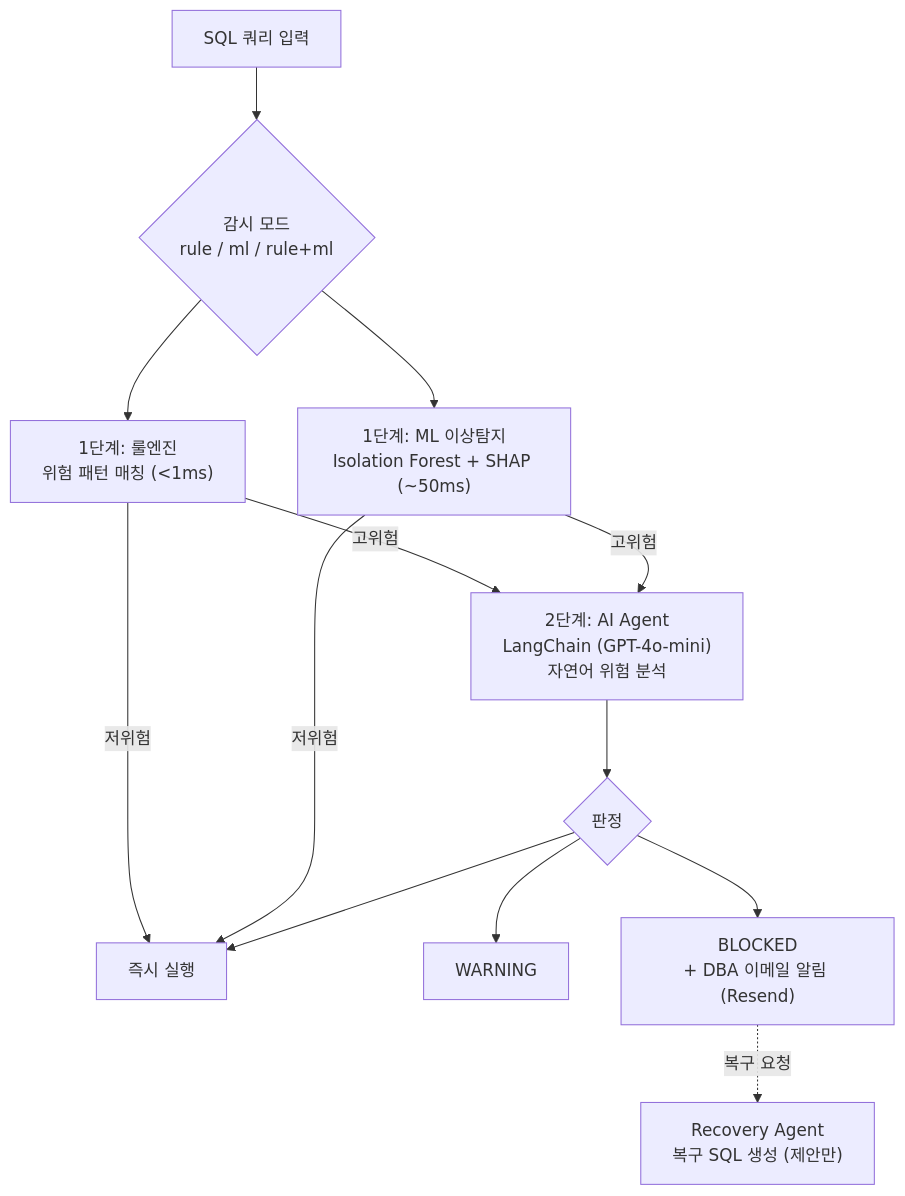
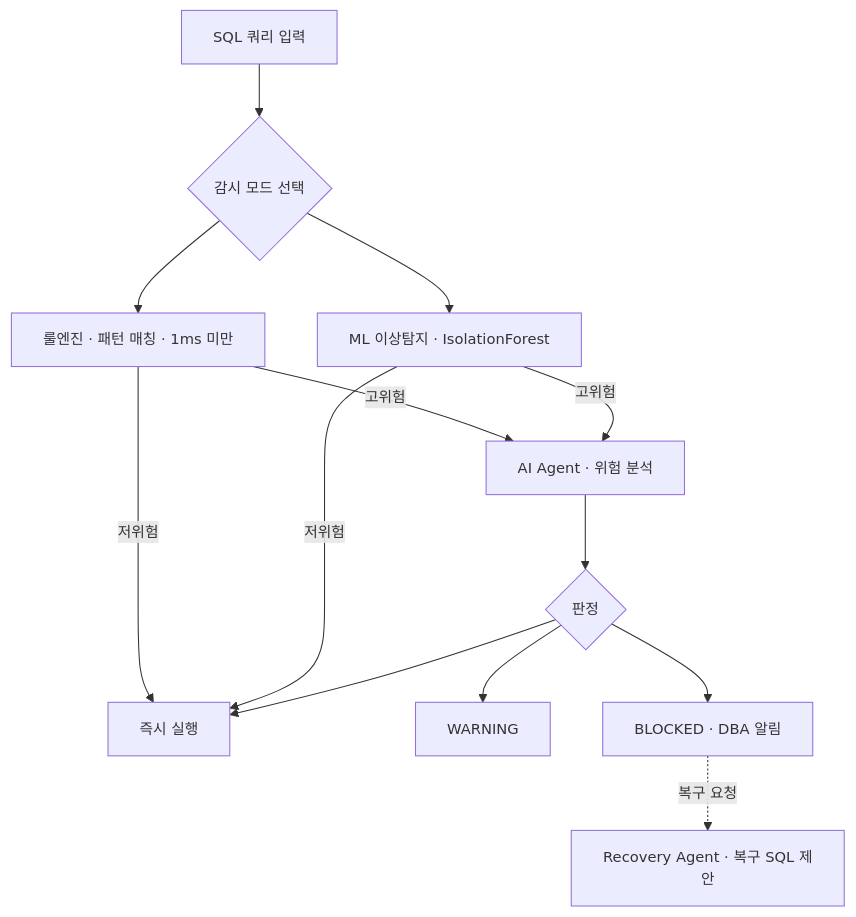
Diagram 12 of 14 in portfolio/PORTFOLIO.md (ASNGG/cafe24-demo), drawn with Mermaid before and after one commit. The commit also changed other lines of this file, not shown here.

First line of the commit message:
docs: PORTFOLIO.md 스타일 개선 및 Mermaid 다이어그램 최적화

````diff
--- a/portfolio/PORTFOLIO.md
+++ b/portfolio/PORTFOLIO.md
@@ -494,13 +554,14 @@
 ```mermaid
+%%{init: {'theme': 'default', 'themeVariables': {'fontSize': '14px'}}}%%
 flowchart TD
-    A["SQL 쿼리 입력"] --> M{"감시 모드<br/>rule / ml / rule+ml"}
-    M --> B["1단계: 룰엔진<br/>위험 패턴 매칭 (<1ms)"]
-    M --> ML["1단계: ML 이상탐지<br/>Isolation Forest + SHAP (~50ms)"]
-    B & ML -->|"고위험"| D["2단계: AI Agent<br/>LangChain (GPT-4o-mini)<br/>자연어 위험 분석"]
+    A["SQL 쿼리 입력"] --> M{"감시 모드 선택"}
+    M --> B["룰엔진 · 패턴 매칭 · 1ms 미만"]
+    M --> ML["ML 이상탐지 · IsolationForest"]
+    B & ML -->|"고위험"| D["AI Agent · 위험 분석"]
     B & ML -->|"저위험"| SAFE["즉시 실행"]
     D --> E{"판정"}
     E --> SAFE
     E --> WARN["WARNING"]
-    E --> BLOCK["BLOCKED<br/>+ DBA 이메일 알림 (Resend)"]
-    BLOCK -.->|"복구 요청"| R["Recovery Agent<br/>복구 SQL 생성 (제안만)"]
+    E --> BLOCK["BLOCKED · DBA 알림"]
+    BLOCK -.->|"복구 요청"| R["Recovery Agent · 복구 SQL 제안"]
 ```
````
